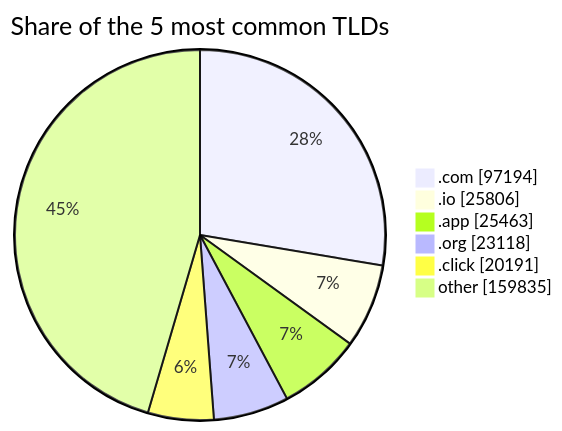
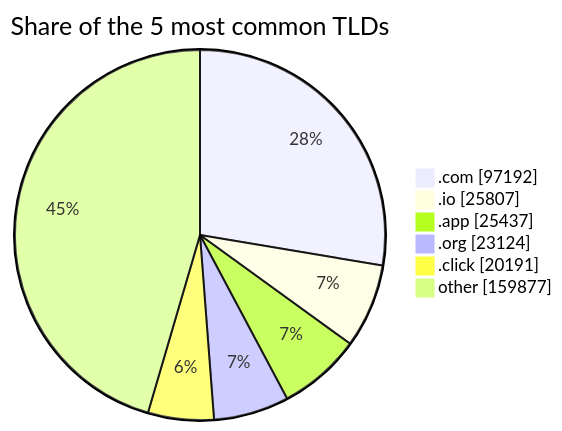
The third of 3 diagrams in README.md (DNSBunker/CTI), drawn with Mermaid before and after one commit. The commit also changed other lines of this file and 3 other files, not shown here.

````diff
--- a/README.md
+++ b/README.md
@@ -81,9 +81,9 @@
 ```mermaid
 pie showData title Share of the 5 most common TLDs
-    ".com" : 97194
-    ".io" : 25806
-    ".app" : 25463
-    ".org" : 23118
+    ".com" : 97192
+    ".io" : 25807
+    ".app" : 25437
+    ".org" : 23124
     ".click" : 20191
-    "other" : 159835
+    "other" : 159877
 ```
````
